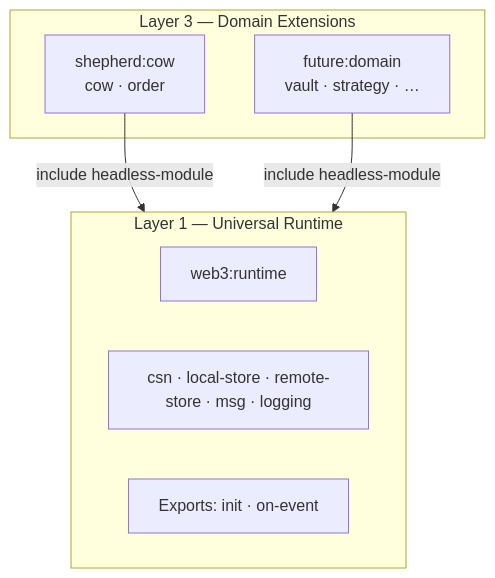
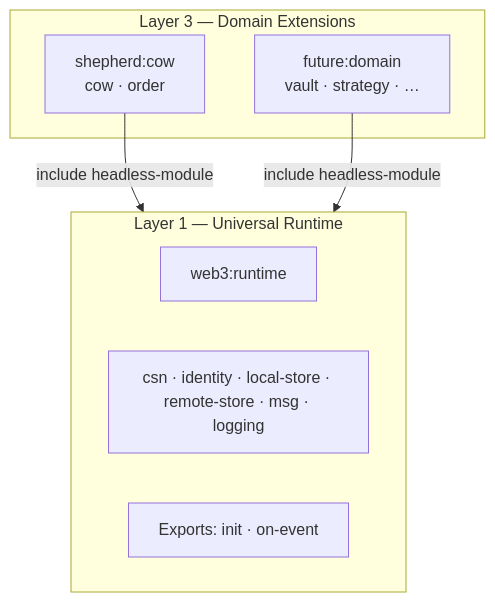
One commit to bleu/nullis-shepherd changed the second of 3 diagrams in docs/00-overview.md. Above: the diagram before and after it, drawn with Mermaid. The commit also changed other lines of this file and 6 other files, not shown here.

````diff
--- a/docs/00-overview.md
+++ b/docs/00-overview.md
@@ -77,16 +80,16 @@
 ```mermaid
 graph TB
     subgraph l3["Layer 3 — Domain Extensions"]
         cow["shepherd:cow\ncow · order"]
         other["future:domain\nvault · strategy · …"]
     end
 
     subgraph l1["Layer 1 — Universal Runtime"]
         pkg["web3:runtime"]
-        ifaces["csn · local-store · remote-store · msg · logging"]
+        ifaces["csn · identity · local-store · remote-store · msg · logging"]
         exports["Exports: init · on-event"]
     end
 
     cow -->|include headless-module| l1
     other -->|include headless-module| l1
 ```
````
